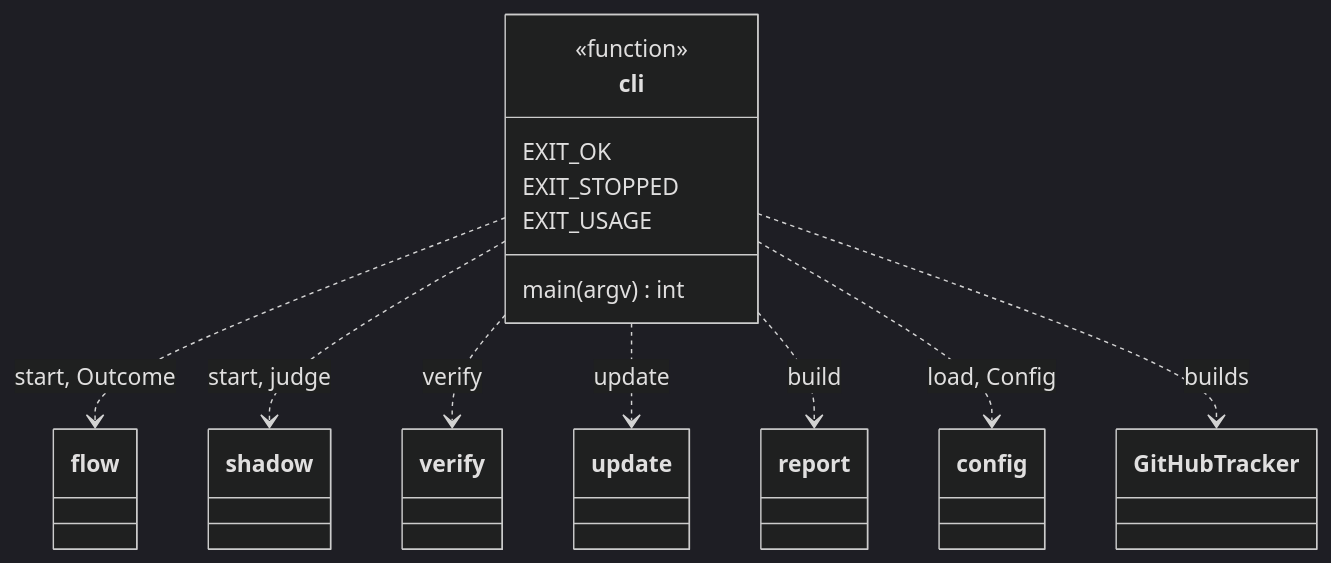
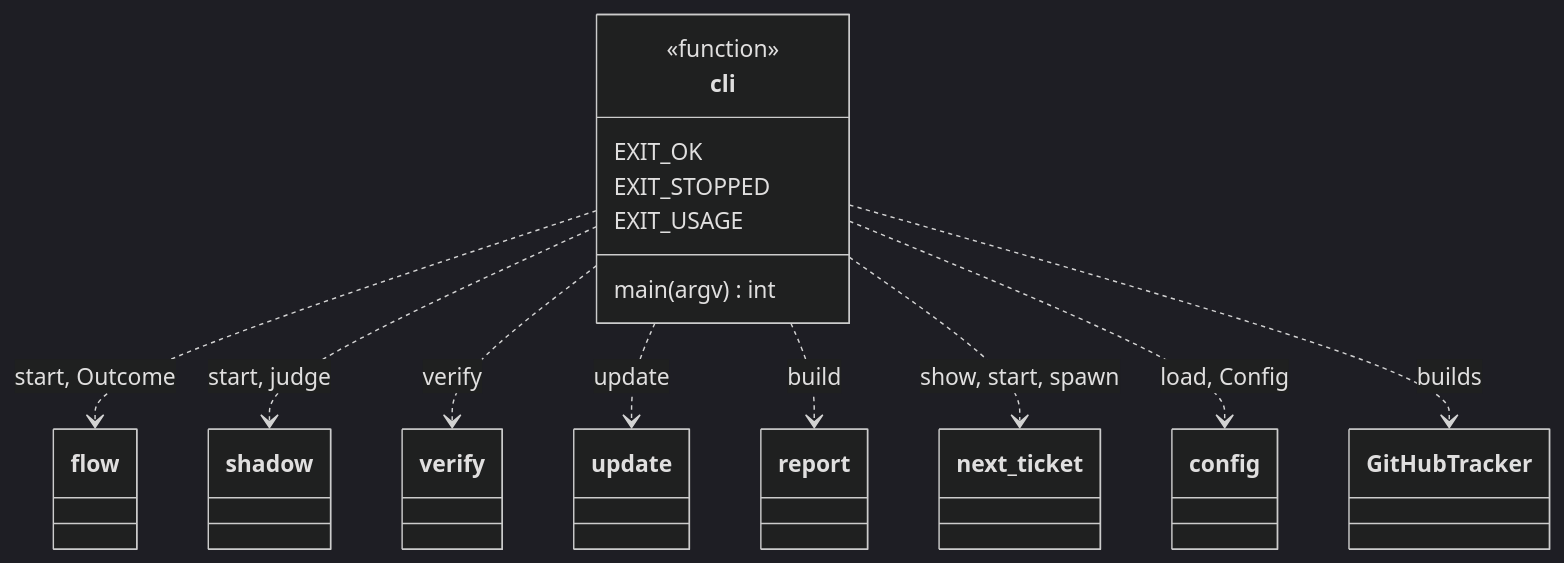
Before and after one commit to plaplanche/ariane: the second of 3 diagrams in docs/architecture/modules/cli.md, drawn with Mermaid (dark theme). The commit also changed other lines of this file and 42 other files, not shown here.

Commit message:
#223: ariane next: propose the next ticket that can start safely next to the running ones, start it on the owner's confirmation (C11, C22, C23)

````diff
--- a/docs/architecture/modules/cli.md
+++ b/docs/architecture/modules/cli.md
@@ -57,24 +59,26 @@
 ```mermaid
 classDiagram
 class cli {
   <<function>>
   main(argv) int
   EXIT_OK
   EXIT_STOPPED
   EXIT_USAGE
 }
 class flow
 class shadow
 class verify
 class update
 class report
+class next_ticket
 class config
 class GitHubTracker
 cli ..> flow : start, Outcome
 cli ..> shadow : start, judge
 cli ..> verify : verify
 cli ..> update : update
 cli ..> report : build
+cli ..> next_ticket : show, start, spawn
 cli ..> config : load, Config
 cli ..> GitHubTracker : builds
 ```
````
